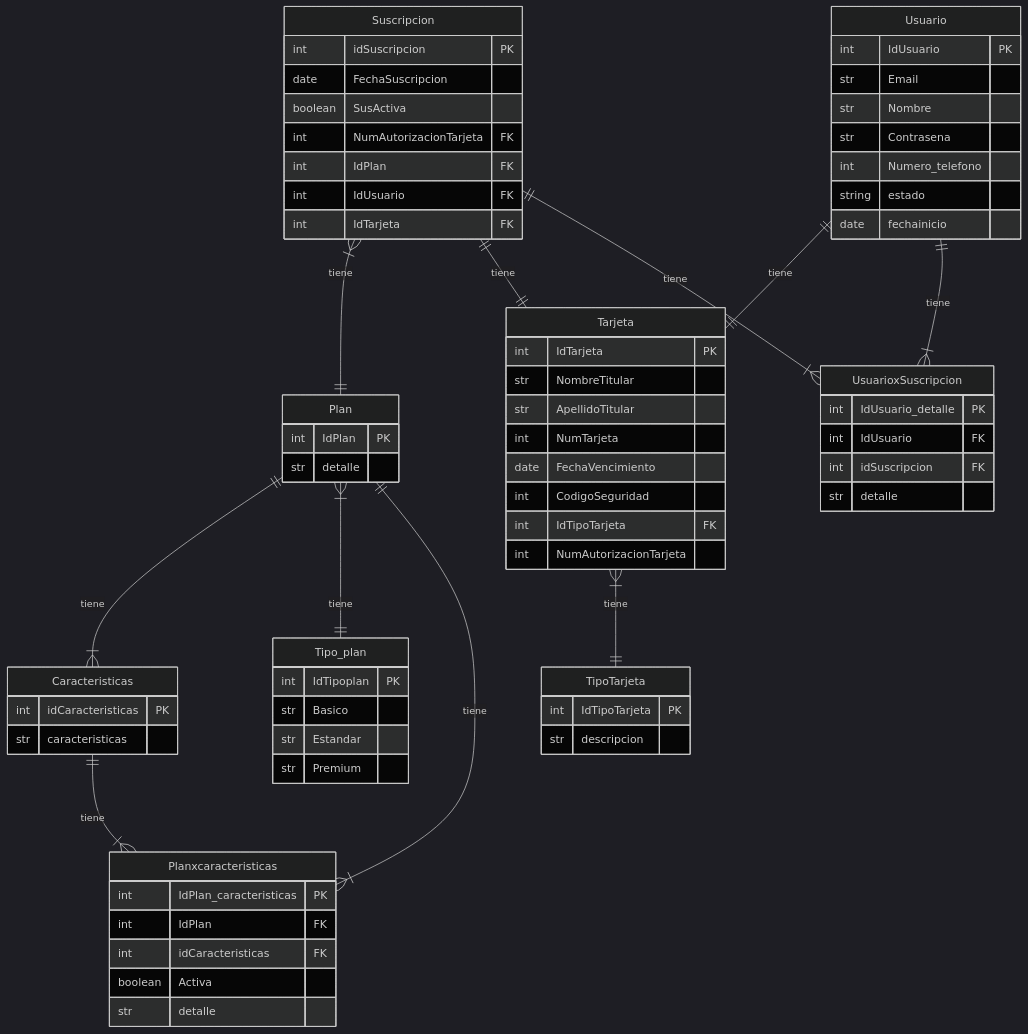
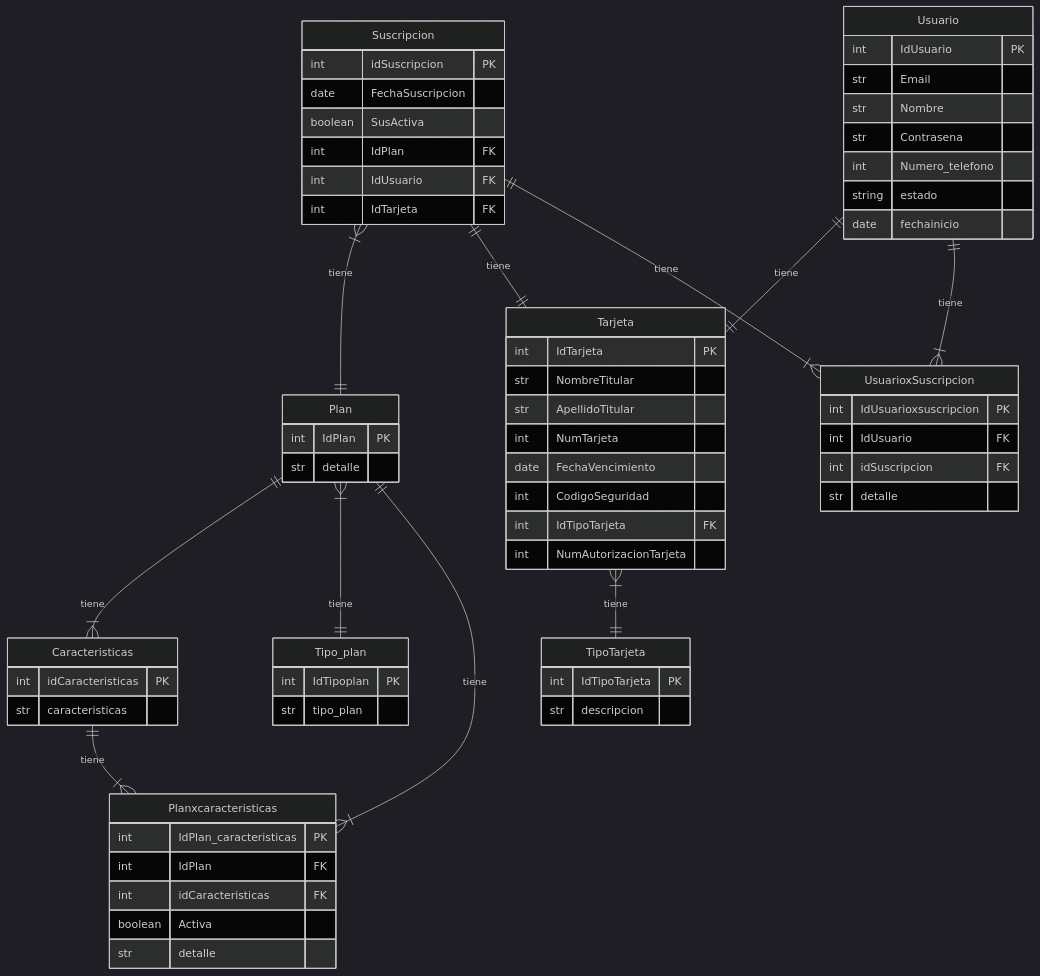
The diagram in Diagramas/diagrama.mmd (gonzalomartinex/TP_Django), drawn with Mermaid (dark theme) before and after one commit. The commit also changed 5 other files, not shown here.

Commit message:
cambio el diagrama ER y models.py, junto a la eliminacion de las antiguas migrates y database

```diff
--- a/Diagramas/diagrama.mmd
+++ b/Diagramas/diagrama.mmd
@@ -1,80 +1,77 @@
 erDiagram
     Usuario{
         int IdUsuario PK
         str Email
         str Nombre
         str Contrasena
         int Numero_telefono
         string estado
         date fechainicio
     }
 
     Plan{
         int IdPlan PK 
         str detalle
     }
 
     Caracteristicas{
         int idCaracteristicas PK
         str caracteristicas
     }
 
     Tipo_plan{
         int IdTipoplan PK
-        str Basico
-        str Estandar
-        str Premium
+        str tipo_plan
     }
 
     Tarjeta{
         int IdTarjeta PK
         str NombreTitular
         str ApellidoTitular
         int NumTarjeta
         date FechaVencimiento
         int CodigoSeguridad
         int IdTipoTarjeta FK
         int NumAutorizacionTarjeta
     }
 
     TipoTarjeta{
         int IdTipoTarjeta PK
         str descripcion
     }
 
     Suscripcion{
         int idSuscripcion PK
         date FechaSuscripcion
         boolean SusActiva
-        int NumAutorizacionTarjeta FK
         int IdPlan FK
         int IdUsuario FK
         int IdTarjeta FK
     }
 
     UsuarioxSuscripcion{
-    int IdUsuario_detalle PK
+    int IdUsuarioxsuscripcion PK
     int IdUsuario FK
     int idSuscripcion FK
     str detalle
     }
 
     Planxcaracteristicas{
         int IdPlan_caracteristicas PK
         int IdPlan FK
         int idCaracteristicas FK
         boolean Activa
         str detalle
     }
 
 
     Usuario ||--|{ UsuarioxSuscripcion: tiene
     Suscripcion ||--|{ UsuarioxSuscripcion: tiene
     Plan ||--|{ Planxcaracteristicas: tiene
     Caracteristicas ||--|{ Planxcaracteristicas: tiene
     Suscripcion ||--|| Tarjeta: tiene
     Suscripcion }|--|| Plan: tiene
     Tarjeta }|--||  TipoTarjeta: tiene
     Plan }|--|| Tipo_plan: tiene
     Plan ||--|{ Caracteristicas: tiene
     Usuario ||--|| Tarjeta: tiene
```
